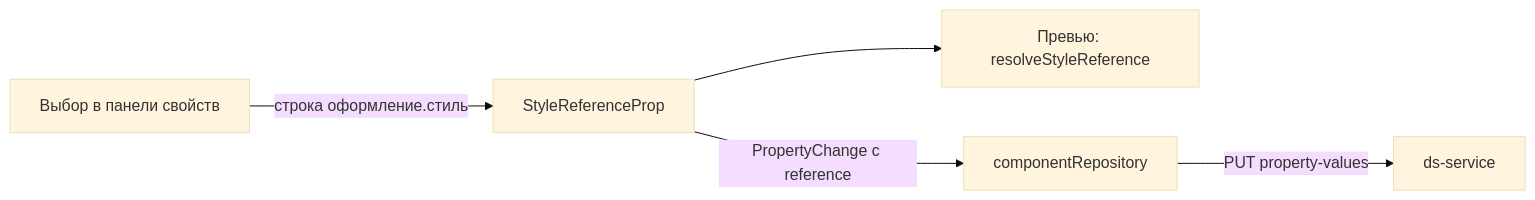
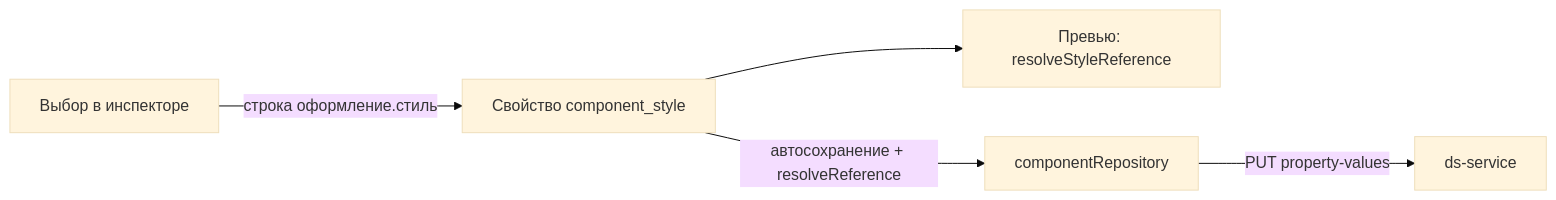
The diagram in openspec/changes/add-nested-component-style-editor/design.md (salute-developers/design-system-builder), drawn with Mermaid (base theme) before and after one commit. The commit also changed other lines of this file and 3 other files, not shown here.

````diff
--- a/openspec/changes/add-nested-component-style-editor/design.md
+++ b/openspec/changes/add-nested-component-style-editor/design.md
@@ -42,7 +46,7 @@
 ```mermaid
 flowchart LR
-    S[Выбор в панели свойств] -->|строка оформление.стиль| P[StyleReferenceProp]
+    S[Выбор в инспекторе] -->|строка оформление.стиль| P[Свойство component_style]
     P --> C[Превью: resolveStyleReference]
-    P -->|PropertyChange с reference| R[componentRepository]
+    P -->|автосохранение + resolveReference| R[componentRepository]
     R -->|PUT property-values| D[ds-service]
 ```
````
